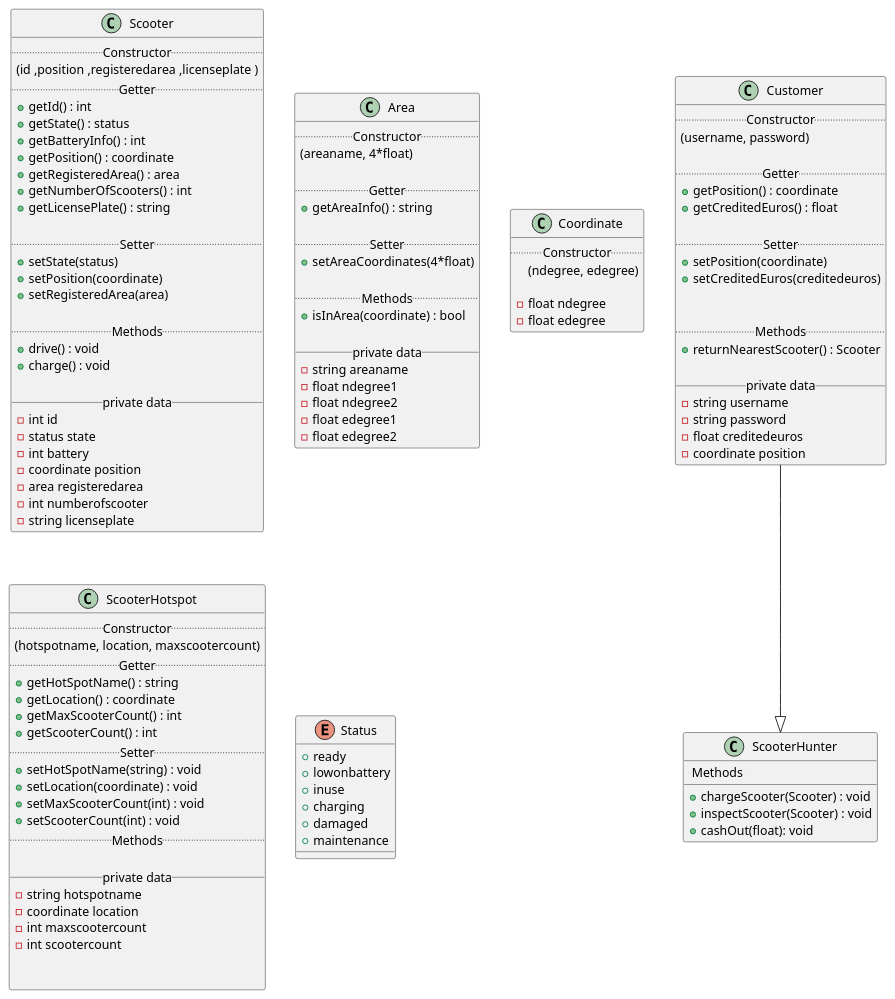
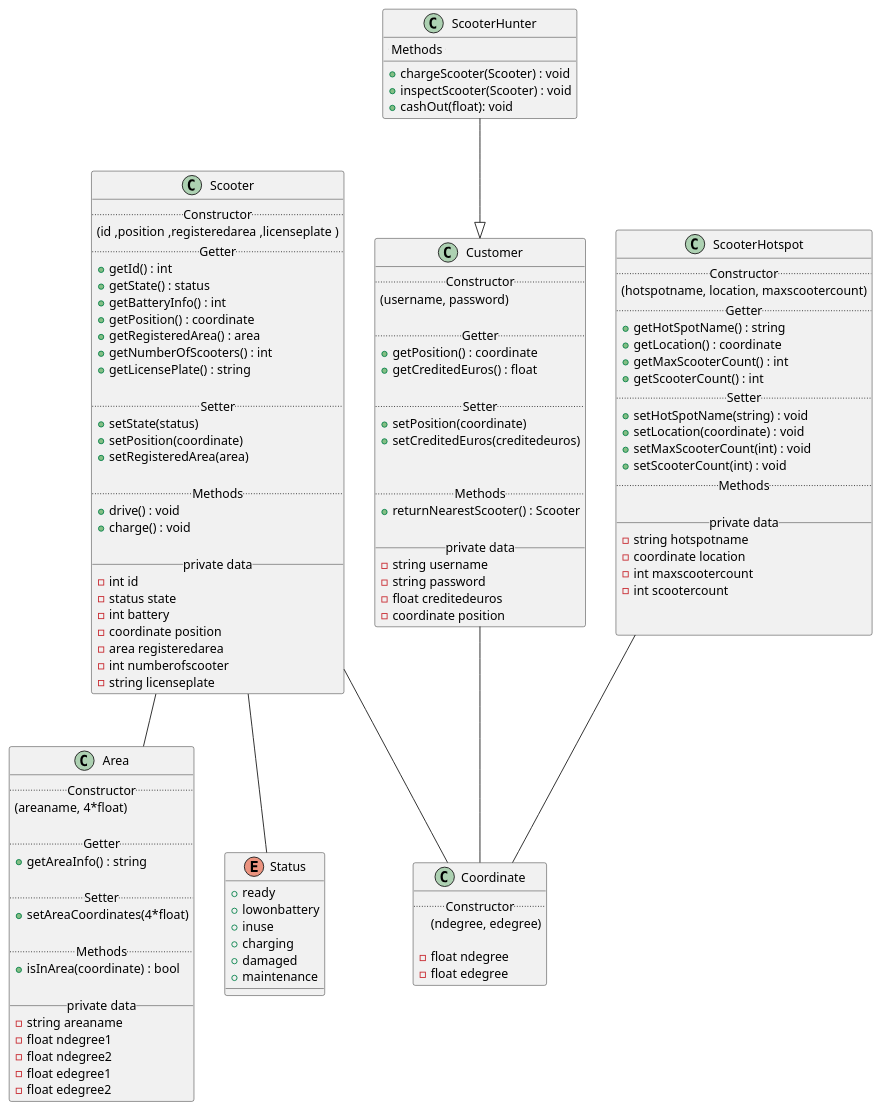
One commit to fh-erfurt/Scooter-MS changed the diagram in umldiagram.iuml. Above: the diagram before and after it, drawn with PlantUML.

Commit message:
updated UML

```diff
--- a/umldiagram.iuml
+++ b/umldiagram.iuml
@@ -1,145 +1,148 @@
 @startuml
 
 
 
 
 
 skinparam componentStyle uml2
 
 
 
 class Scooter {
     .. Constructor ..
       (id ,position ,registeredarea ,licenseplate )
     .. Getter ..
   + getId() : int
   + getState() : status
   + getBatteryInfo() : int
   + getPosition() : coordinate
   + getRegisteredArea() : area
   + getNumberOfScooters() : int
   + getLicensePlate() : string
 
   .. Setter ..
   + setState(status)
   + setPosition(coordinate)
   + setRegisteredArea(area)
 
   .. Methods ..
   + drive() : void
   + charge() : void
 
   __ private data __
   -int id
   -status state
   -int battery
   -coordinate position
   -area registeredarea
   -int numberofscooter
   -string licenseplate
 }
 
 class Area {
   .. Constructor ..
   (areaname, 4*float)
 
   .. Getter ..
   + getAreaInfo() : string
 
   .. Setter ..
   + setAreaCoordinates(4*float)
 
   .. Methods ..
   + isInArea(coordinate) : bool
 
   __ private data __
   -string areaname
   -float ndegree1
   -float ndegree2
   -float edegree1
   -float edegree2
 }
 
 
 
 class Coordinate {
   .. Constructor ..
   (ndegree, edegree)
 
   -float ndegree
   -float edegree
 }
 
 
 class Customer {
   .. Constructor ..
   (username, password)
 
   .. Getter ..
   + getPosition() : coordinate
   + getCreditedEuros() : float
 
   .. Setter ..
   + setPosition(coordinate)
   + setCreditedEuros(creditedeuros)
 
 
   .. Methods ..
   + returnNearestScooter() : Scooter
 
   __ private data __
   -string username
   -string password
   -float creditedeuros
   -coordinate position
 }
 
 class ScooterHunter {
 
   .. Methods ..
   + chargeScooter(Scooter) : void
   + inspectScooter(Scooter) : void
   + cashOut(float): void
 
 
 }
 
 class ScooterHotspot {
   .. Constructor ..
 (hotspotname, location, maxscootercount)
   .. Getter ..
    + getHotSpotName() : string
    + getLocation() : coordinate
    + getMaxScooterCount() : int
    + getScooterCount() : int
   .. Setter ..
    + setHotSpotName(string) : void
    + setLocation(coordinate) : void
    + setMaxScooterCount(int) : void
    + setScooterCount(int) : void
   .. Methods ..
 
   __ private data __
   -string hotspotname
   -coordinate location
   -int maxscootercount
   -int scootercount
 
 
 }
 
 enum Status {
   + ready
   + lowonbattery
   + inuse
   + charging
   + damaged
   + maintenance
 }
 
-Customer --|> ScooterHunter
-
-
+ScooterHunter --|> Customer
+Scooter -- Status
+Scooter -- Coordinate
+Scooter -- Area
+ScooterHotspot -- Coordinate
+Customer -- Coordinate
 
 
 @enduml
```
